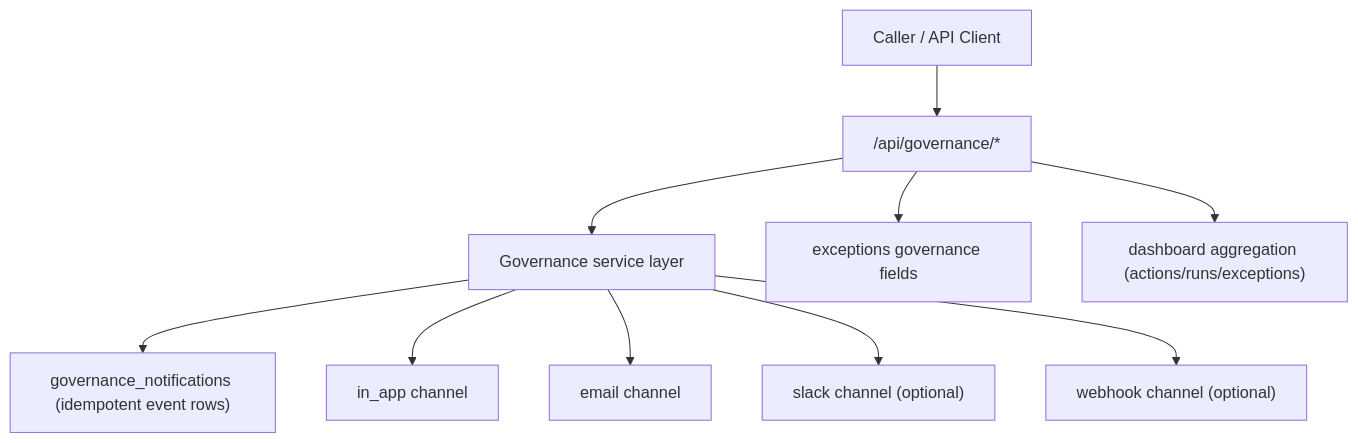
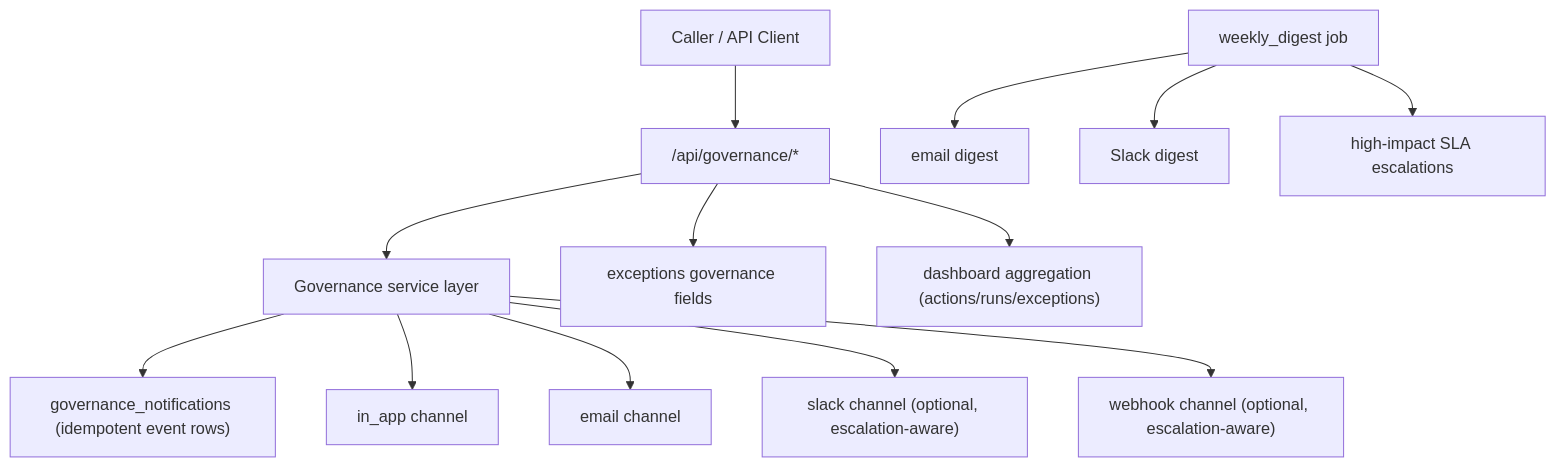
Before and after one commit to marcoIbrahim0/awsautopilot: the diagram in docs/features/communication-governance-layer.md, drawn with Mermaid. The commit also changed other lines of this file and 177 other files, not shown here.

````diff
--- a/docs/features/communication-governance-layer.md
+++ b/docs/features/communication-governance-layer.md
@@ -105,12 +118,15 @@
 ```mermaid
 flowchart TD
     A["Caller / API Client"] --> B["/api/governance/*"]
     B --> C["Governance service layer"]
     C --> D["governance_notifications (idempotent event rows)"]
     C --> E["in_app channel"]
     C --> F["email channel"]
-    C --> G["slack channel (optional)"]
-    C --> H["webhook channel (optional)"]
+    C --> G["slack channel (optional, escalation-aware)"]
+    C --> H["webhook channel (optional, escalation-aware)"]
     B --> I["exceptions governance fields"]
     B --> J["dashboard aggregation (actions/runs/exceptions)"]
+    K["weekly_digest job"] --> L["email digest"]
+    K --> M["Slack digest"]
+    K --> N["high-impact SLA escalations"]
 ```
````
